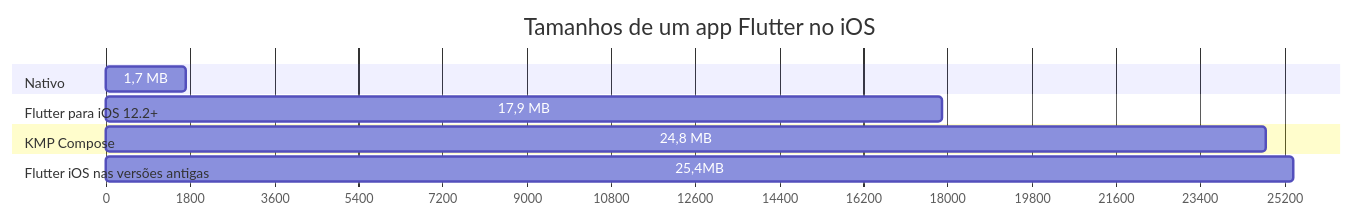
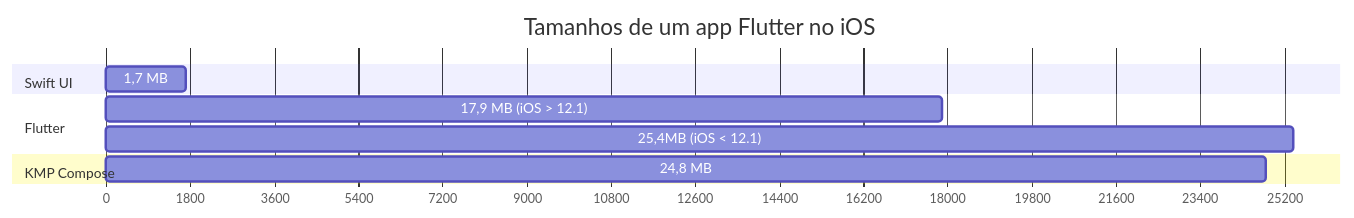
The tenth of 13 diagrams in posts/KMP101-parte1.md (rsicarelli/KMP-101), drawn with Mermaid before and after one commit. The commit also changed other lines of this file, not shown here.

Commit message:
added KMP arquitecture diagram

````diff
--- a/posts/KMP101-parte1.md
+++ b/posts/KMP101-parte1.md
@@ -354,15 +354,14 @@
 ```mermaid
 gantt
     title Tamanhos de um app Flutter no iOS
     dateFormat X
     axisFormat %s
-    section Nativo
+    section Swift UI
         1,7 MB: 0, 1700
-    section Flutter para iOS 12.2+
-        17,9 MB: 0, 17900
+    section Flutter
+        17,9 MB (iOS > 12.1): 0, 17900
+        25,4MB (iOS < 12.1): 0, 25400
     section KMP Compose
         24,8 MB: 0, 24800
-    section Flutter iOS nas versões antigas
-        
-        25,4MB: 0, 25400
+
 ```
````
